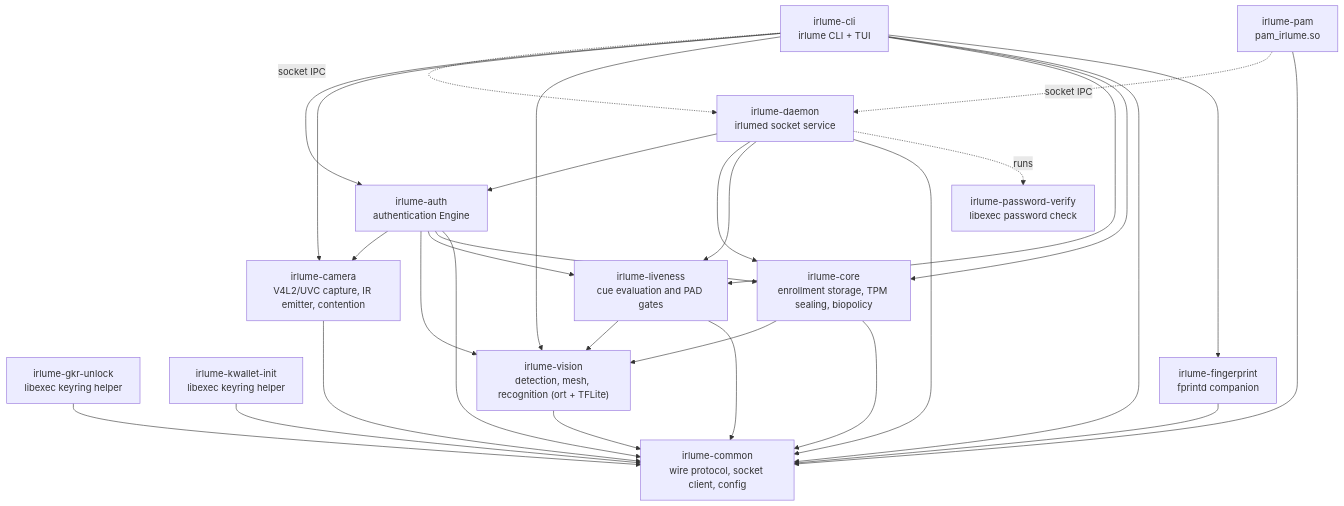
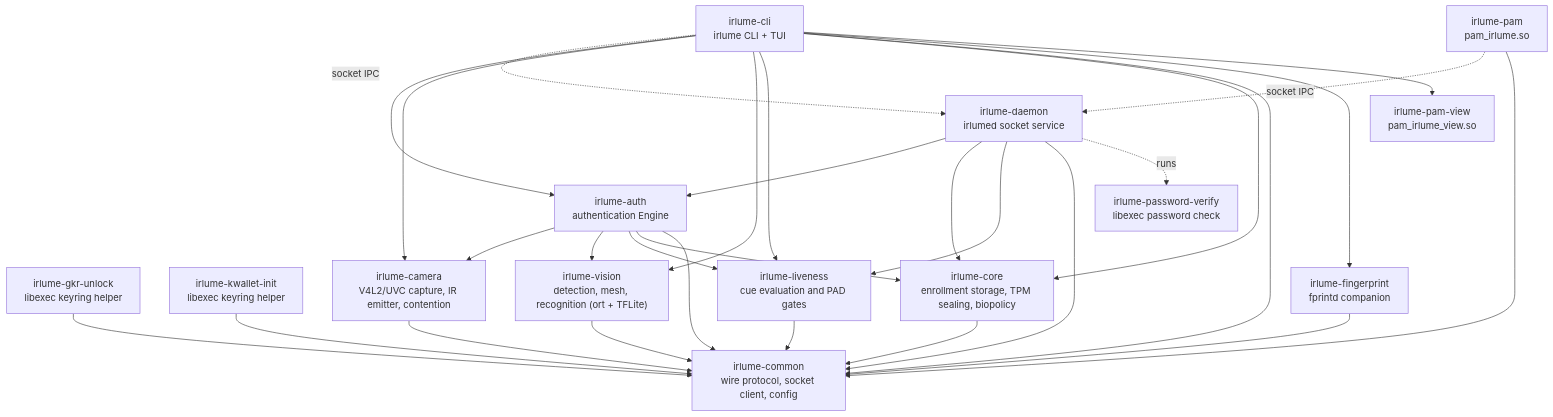
One commit to archledger/irlume changed the diagram in crates/README.md. Above: the diagram before and after it, drawn with Mermaid. The commit also changed other lines of this file and 14 other files, not shown here.

````diff
--- a/crates/README.md
+++ b/crates/README.md
@@ -11,46 +11,46 @@
 ```mermaid
 flowchart TD
     pam["irlume-pam<br/>pam_irlume.so"]
+    pamview["irlume-pam-view<br/>pam_irlume_view.so"]
     cli["irlume-cli<br/>irlume CLI + TUI"]
     gkr["irlume-gkr-unlock<br/>libexec keyring helper"]
     kwi["irlume-kwallet-init<br/>libexec keyring helper"]
     daemon["irlume-daemon<br/>irlumed socket service"]
     auth["irlume-auth<br/>authentication Engine"]
     camera["irlume-camera<br/>V4L2/UVC capture, IR emitter, contention"]
     vision["irlume-vision<br/>detection, mesh, recognition (ort + TFLite)"]
     liveness["irlume-liveness<br/>cue evaluation and PAD gates"]
     core["irlume-core<br/>enrollment storage, TPM sealing, biopolicy"]
     common["irlume-common<br/>wire protocol, socket client, config"]
     fp["irlume-fingerprint<br/>fprintd companion"]
     pwv["irlume-password-verify<br/>libexec password check"]
 
     pam -. "socket IPC" .-> daemon
     cli -. "socket IPC" .-> daemon
     auth --> camera
     auth --> vision
     auth --> liveness
     auth --> core
     auth --> common
     daemon --> auth
     daemon --> core
     daemon --> liveness
     daemon --> common
     cli --> auth
     cli --> camera
     cli --> vision
     cli --> liveness
     cli --> core
     cli --> common
     cli --> fp
+    cli --> pamview
     camera --> common
     vision --> common
-    liveness --> vision
     liveness --> common
-    core --> vision
     core --> common
     pam --> common
     gkr --> common
     kwi --> common
     fp --> common
     daemon -. "runs" .-> pwv
 ```
````
